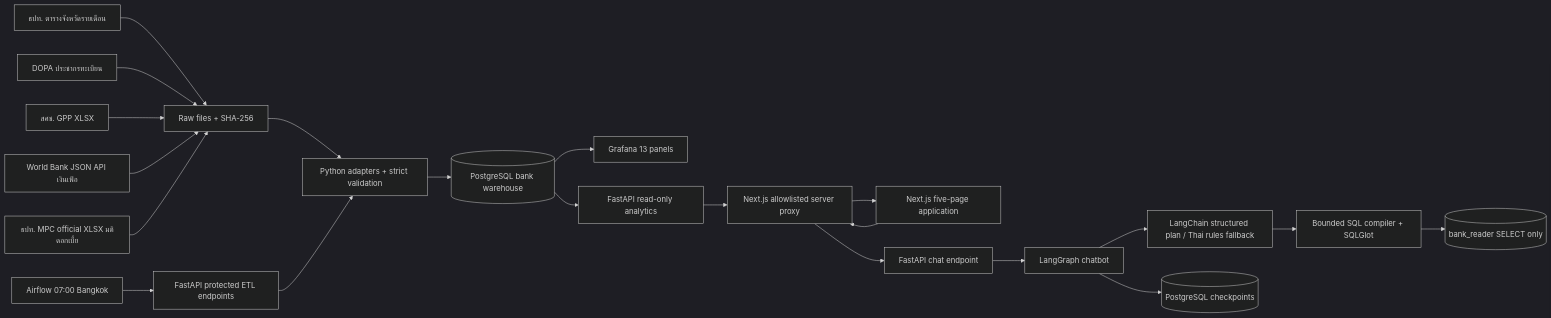
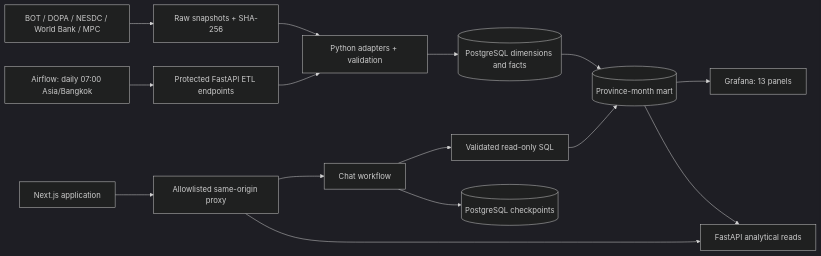
The first of 3 diagrams in docs/architecture.md (anupat2046/Bank-Project), drawn with Mermaid (dark theme) before and after one commit. The commit also changed other lines of this file and 26 other files, not shown here.

````diff
--- a/docs/architecture.md
+++ b/docs/architecture.md
@@ -3,23 +7,17 @@
 ```mermaid
 flowchart LR
-  BOT[ธปท. ตารางจังหวัดรายเดือน] --> RAW[Raw files + SHA-256]
-  DOPA[DOPA ประชากรทะเบียน] --> RAW
-  NESDC[สศช. GPP XLSX] --> RAW
-  WB[World Bank JSON API เงินเฟ้อ] --> RAW
-  MPC[ธปท. MPC official XLSX มติดอกเบี้ย] --> RAW
-  RAW --> ETL[Python adapters + strict validation]
-  AIR[Airflow 07:00 Bangkok] --> API[FastAPI protected ETL endpoints]
-  API --> ETL
-  ETL --> PG[(PostgreSQL bank warehouse)]
-  PG --> GRAF[Grafana 13 panels]
-  PG --> ROAPI[FastAPI read-only analytics]
-  ROAPI --> BFF[Next.js allowlisted server proxy]
-  BFF --> UI[Next.js five-page application]
-  UI --> BFF
-  BFF --> CHATAPI[FastAPI chat endpoint]
-  CHATAPI --> GRAPH[LangGraph chatbot]
-  GRAPH --> PLAN[LangChain structured plan / Thai rules fallback]
-  PLAN --> SQL[Bounded SQL compiler + SQLGlot]
-  SQL --> RO[(bank_reader SELECT only)]
-  GRAPH --> CP[(PostgreSQL checkpoints)]
+  SOURCES["BOT / DOPA / NESDC / World Bank / MPC"] --> RAW["Raw snapshots + SHA-256"]
+  RAW --> ETL["Python adapters + validation"]
+  AIR["Airflow: daily 07:00 Asia/Bangkok"] --> WRITE["Protected FastAPI ETL endpoints"]
+  WRITE --> ETL
+  ETL --> FACTS[("PostgreSQL dimensions and facts")]
+  FACTS --> MART[("Province-month mart")]
+  MART --> GRAF["Grafana: 13 panels"]
+  MART --> READ["FastAPI analytical reads"]
+  UI["Next.js application"] --> BFF["Allowlisted same-origin proxy"]
+  BFF --> READ
+  BFF --> CHAT["Chat workflow"]
+  CHAT --> SQL["Validated read-only SQL"]
+  SQL --> MART
+  CHAT --> CP[("PostgreSQL checkpoints")]
 ```
````
